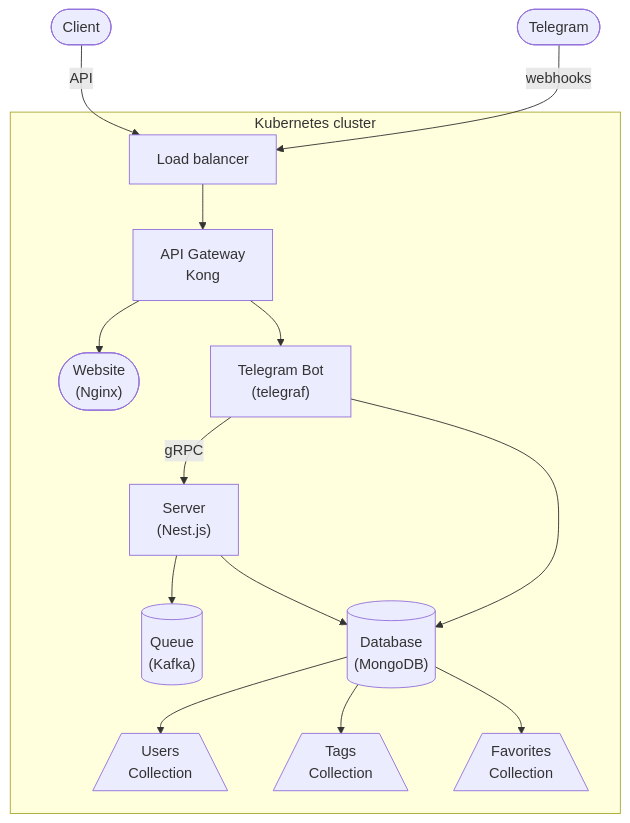
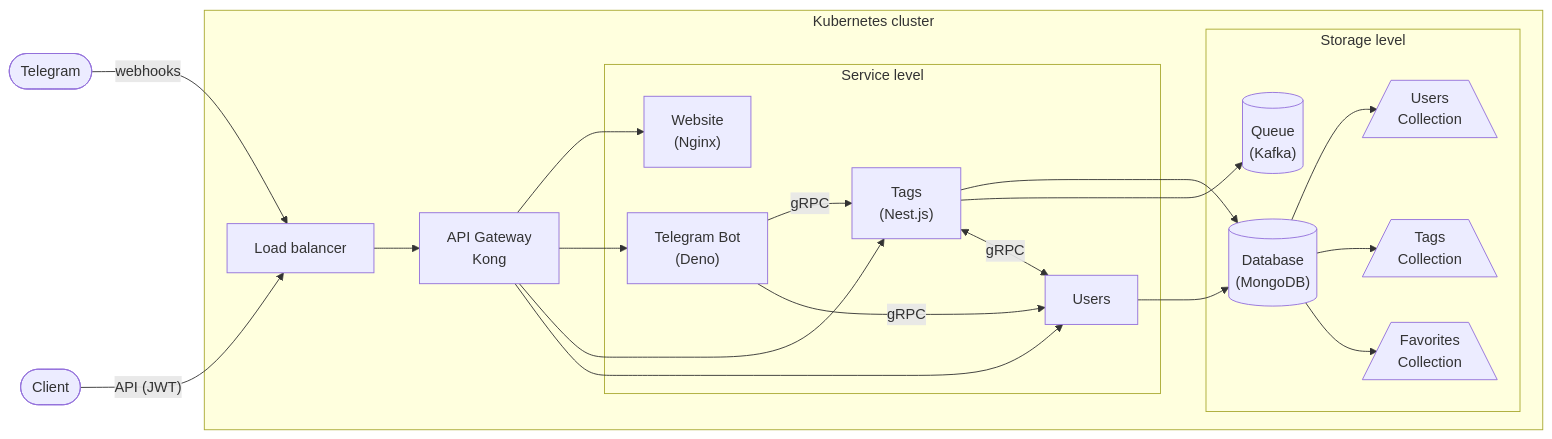
The second of 2 diagrams in docs/diagrams.md (vitaly-rudenko/tag-media-bot), drawn with Mermaid before and after one commit. The commit also changed other lines of this file, not shown here.

Commit message:
Updated diagrams

````diff
--- a/docs/diagrams.md
+++ b/docs/diagrams.md
@@ -31,29 +35,36 @@
 ```mermaid
-graph TD
+graph LR
 
 telegram(["Telegram"])
 client(["Client"])
 
 subgraph Kubernetes cluster
-  website(["Website\n(Nginx)"])
   lb["Load balancer"]
   gw["API Gateway\nKong"]
-  bot["Telegram Bot\n(telegraf)"]
-  server["Server\n(Nest.js)"]
-  queue[("Queue\n(Kafka)")]
   
-  db[("Database\n(MongoDB)")]
-  db_users[/Users\nCollection\]
-  db_tags[/Tags\nCollection\]
-  db_favorites[/Favorites\nCollection\]
+  subgraph Service level
+    website["Website\n(Nginx)"]
+    bot["Telegram Bot\n(Deno)"]
+    tags["Tags\n(Nest.js)"]
+    users["Users"]
+  end
+  
+  subgraph Storage level
+    queue[("Queue\n(Kafka)")]
+    db[("Database\n(MongoDB)")]
+    db_users[/Users\nCollection\]
+    db_tags[/Tags\nCollection\]
+    db_favorites[/Favorites\nCollection\]
+  end
 end
 
 db-->db_users & db_tags & db_favorites
 
 telegram-->|webhooks|lb
-client-->|API|lb
-lb-->gw-->website & bot
-bot-->|gRPC|server
-bot-->db
-server-->db & queue
+client-->|"API (JWT)"|lb
+lb-->gw-->website & bot & tags & users
+bot-->|gRPC|tags & users
+tags-->db & queue
+users-->db
+tags<-->|gRPC|users
 ```
````
